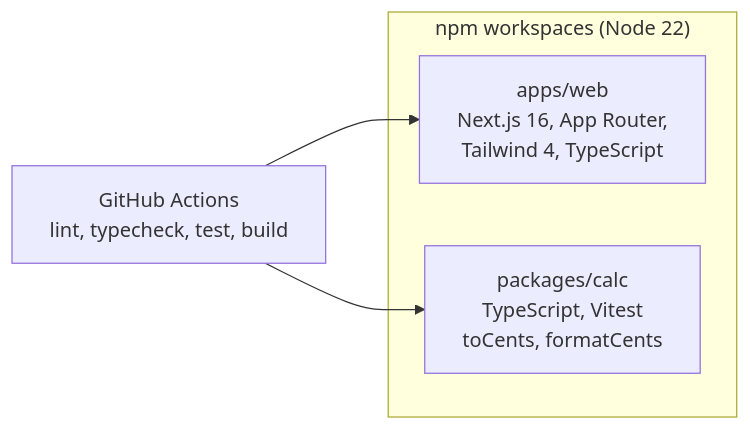
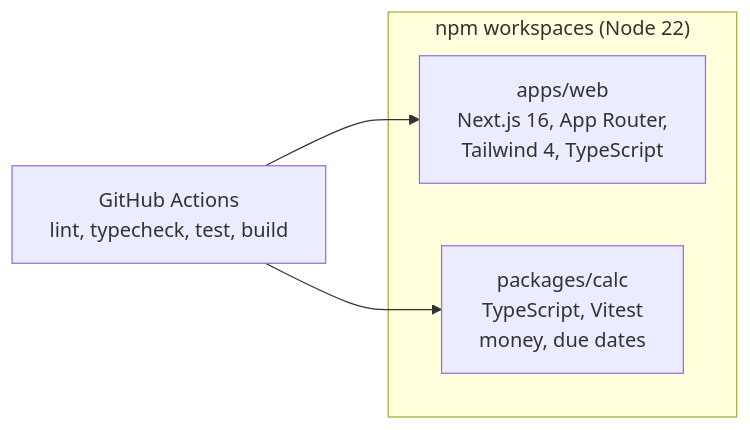
One commit to heynewton/newton changed the second of 5 diagrams in docs/architecture.md. Above: the diagram before and after it, drawn with Mermaid. The commit also changed other lines of this file and 4 other files, not shown here.

First line of the commit message:
Know what's overdue and coming up: due dates for renewals and maintenance (#40)

````diff
--- a/docs/architecture.md
+++ b/docs/architecture.md
@@ -89,10 +89,10 @@
 ```mermaid
 flowchart LR
   subgraph Repo["npm workspaces (Node 22)"]
     Web["apps/web<br/>Next.js 16, App Router,<br/>Tailwind 4, TypeScript"]
-    Calc["packages/calc<br/>TypeScript, Vitest<br/>toCents, formatCents"]
+    Calc["packages/calc<br/>TypeScript, Vitest<br/>money, due dates"]
   end
   CI["GitHub Actions<br/>lint, typecheck, test, build"]
   CI --> Web
   CI --> Calc
 ```
````
